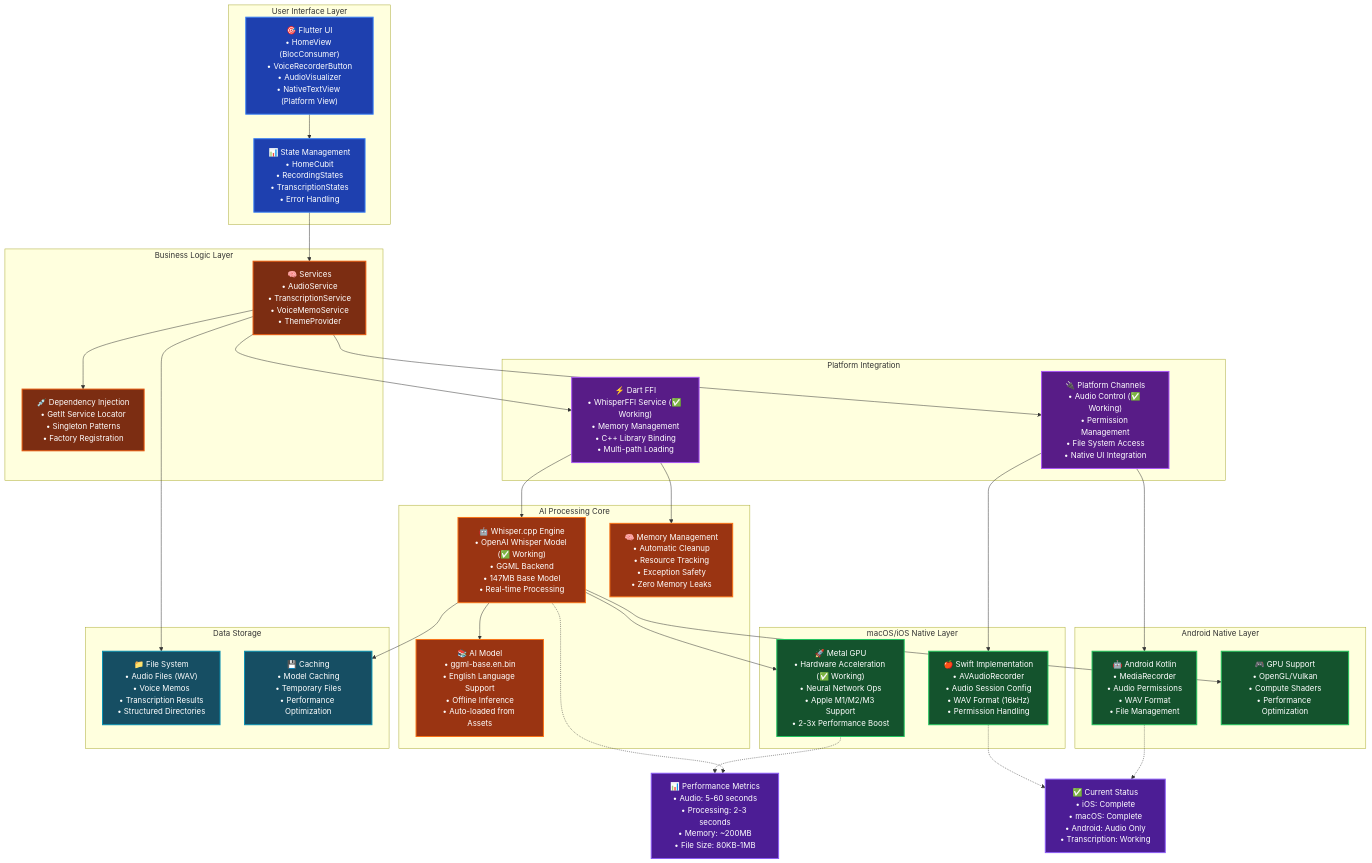
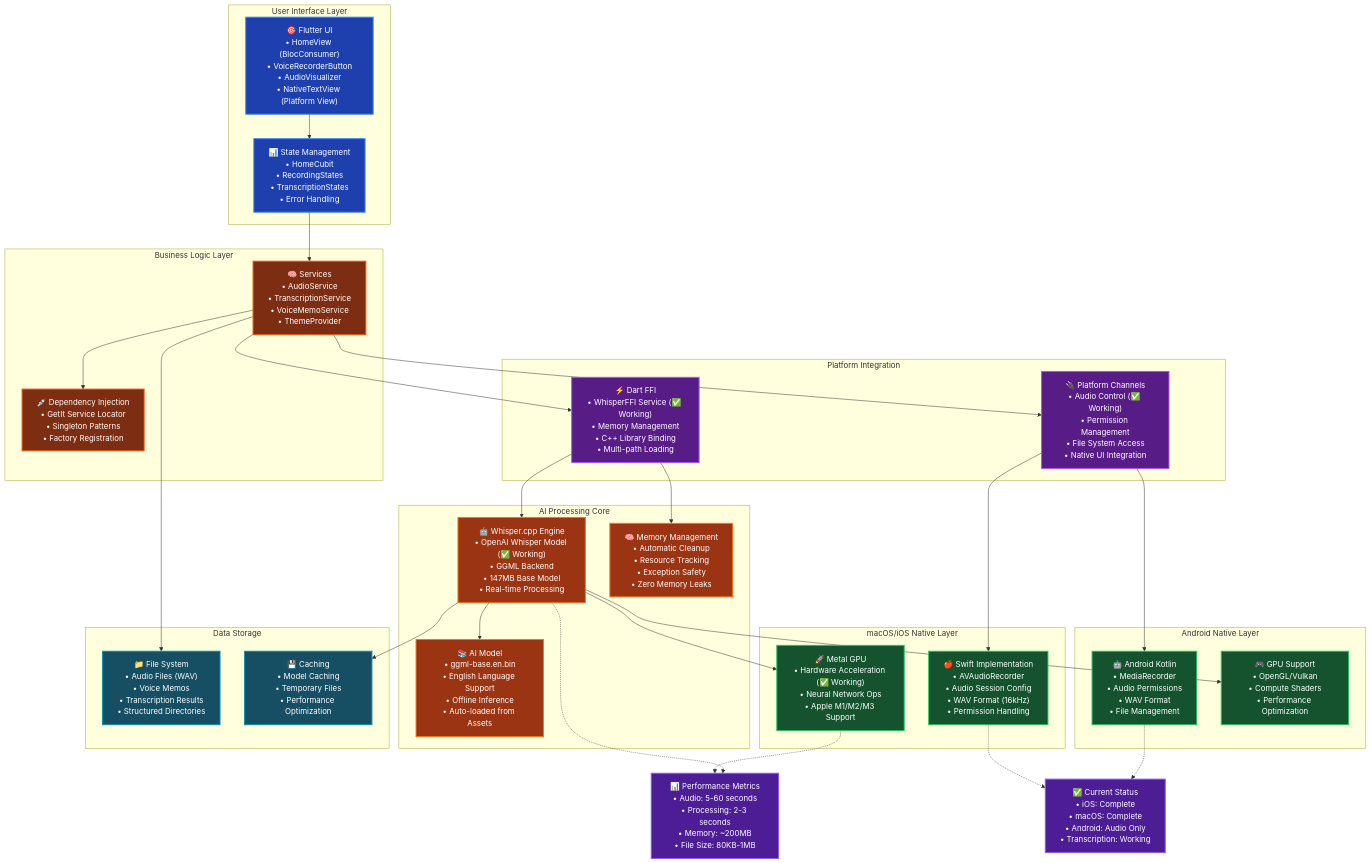
One commit to esrakadah/flutter_voice_bridge changed the second of 5 diagrams in docs/guides/visual_architecture.md. Above: the diagram before and after it, drawn with Mermaid. The commit also changed other lines of this file and 8 other files, not shown here.

```diff
--- a/docs/guides/visual_architecture.md
+++ b/docs/guides/visual_architecture.md
@@ -186,7 +190,7 @@
     subgraph "macOS/iOS Native Layer"
         Swift["🍎 Swift Implementation<br/>• AVAudioRecorder<br/>• Audio Session Config<br/>• WAV Format (16kHz)<br/>• Permission Handling"]
         
-        Metal["🚀 Metal GPU<br/>• Hardware Acceleration (✅ Working)<br/>• Neural Network Ops<br/>• Apple M1/M2/M3 Support<br/>• 2-3x Performance Boost"]
+        Metal["🚀 Metal GPU<br/>• Hardware Acceleration (✅ Working)<br/>• Neural Network Ops<br/>• Apple M1/M2/M3 Support"]
     end
     
     subgraph "Android Native Layer"
```
